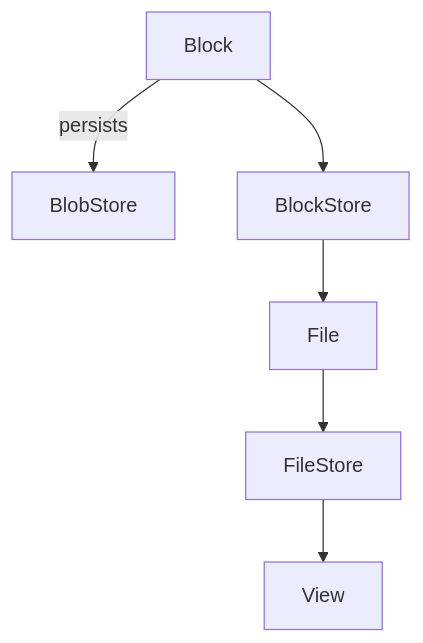
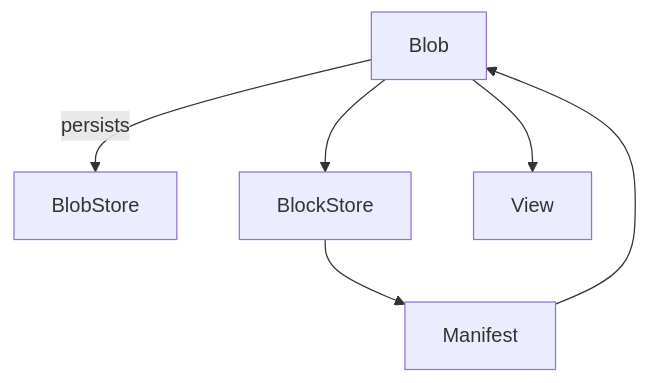
Before and after one commit to AdrielC/graviton: the first of 2 diagrams in README.md, drawn with Mermaid. The commit also changed other lines of this file and 12 other files, not shown here.

Commit message:
Refactor: Replace File/FileStore with Blob/Manifest abstraction

````diff
--- a/README.md
+++ b/README.md
@@ -16,8 +16,8 @@
 ```mermaid
 graph TD
     B[Block] -->|persists| S[BlobStore]
     B --> R[BlockStore]
-    R --> F[File]
-    F --> M[FileStore]
-    M --> V[View]
+    R --> M[Manifest]
+    M --> B[Blob]
+    B --> V[View]
 ```
````
